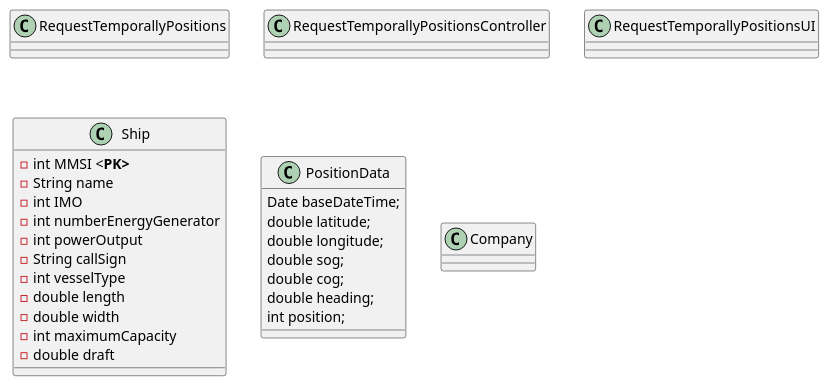
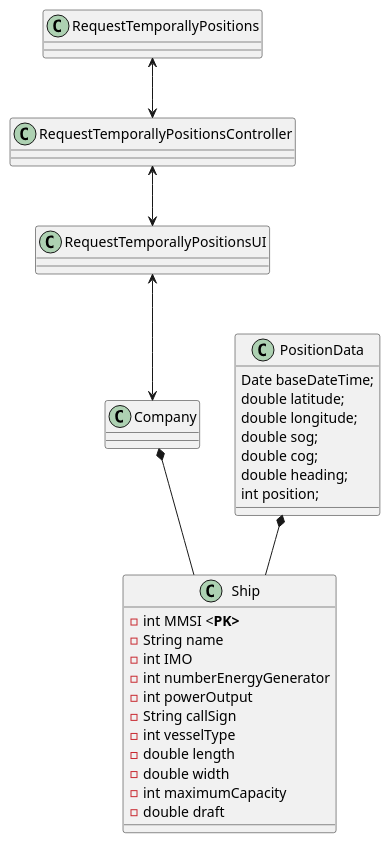
Before and after one commit to LourencoMelo/ISEP-LAPR3-ESINF: the diagram in Docs/Sprint1/US103/cd.puml, drawn with PlantUML. The commit also changed 3 other files, not shown here.

```diff
--- a/Docs/Sprint1/US103/cd.puml
+++ b/Docs/Sprint1/US103/cd.puml
@@ -1,47 +1,49 @@
 @startuml
 
 class RequestTemporallyPositions{
 
 }
 
 class RequestTemporallyPositionsController{
 
 }
 
 class RequestTemporallyPositionsUI{
 
 }
-
 
 class Ship {
     -int MMSI <<b>PK>
     -String name
     -int IMO
     -int numberEnergyGenerator
     -int powerOutput
     -String callSign
     -int vesselType
     -double length
     -double width
     -int maximumCapacity
     -double draft
 }
 
-
 class PositionData{
     Date baseDateTime;
     double latitude;
     double longitude;
     double sog;
     double cog;
     double heading;
     int position;
 }
 
 class Company {
 
 }
 
-
+RequestTemporallyPositions <--> RequestTemporallyPositionsController
+RequestTemporallyPositionsController <--> RequestTemporallyPositionsUI
+RequestTemporallyPositionsUI <--> Company
+Company *-- Ship
+PositionData *-- Ship
 
 @enduml
```
